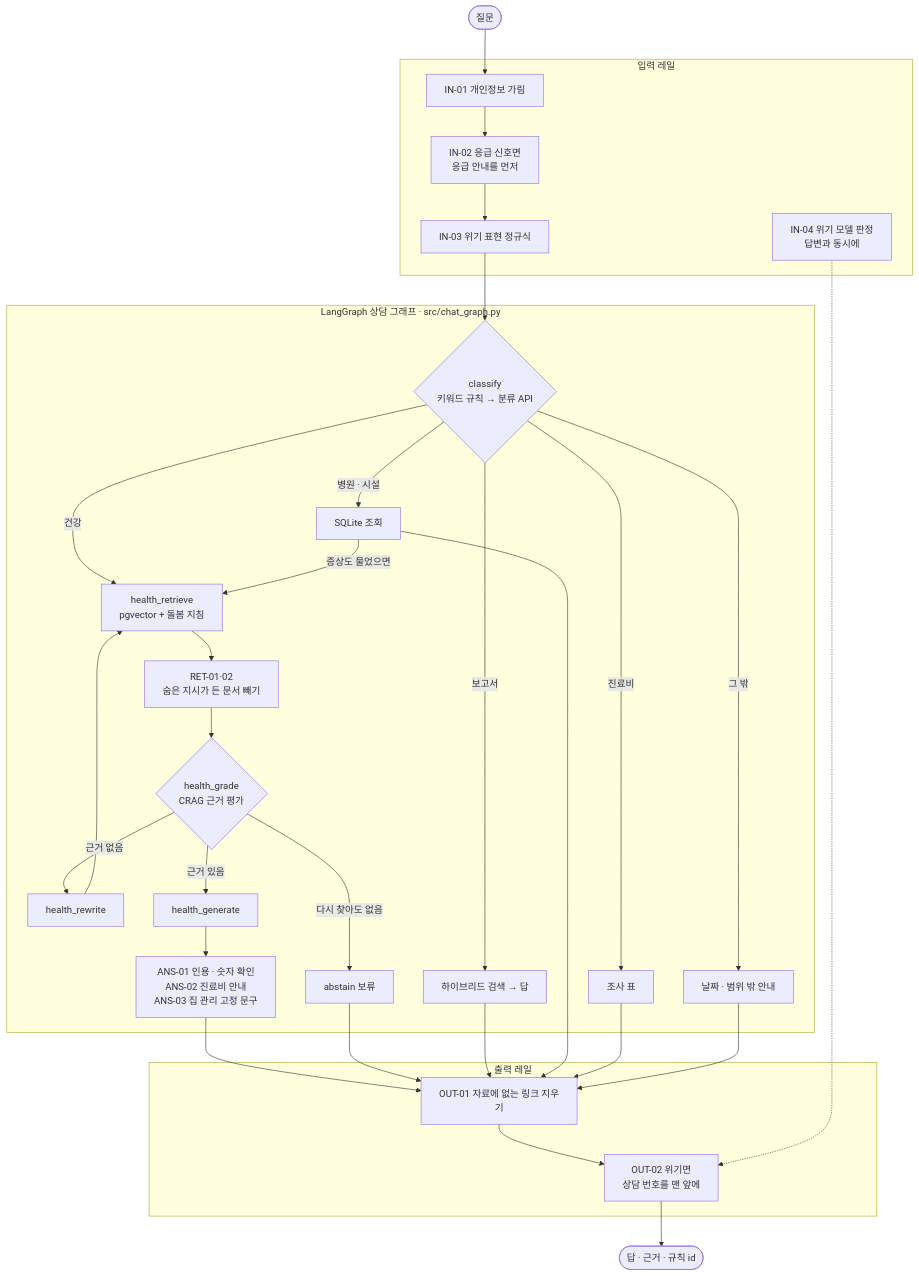
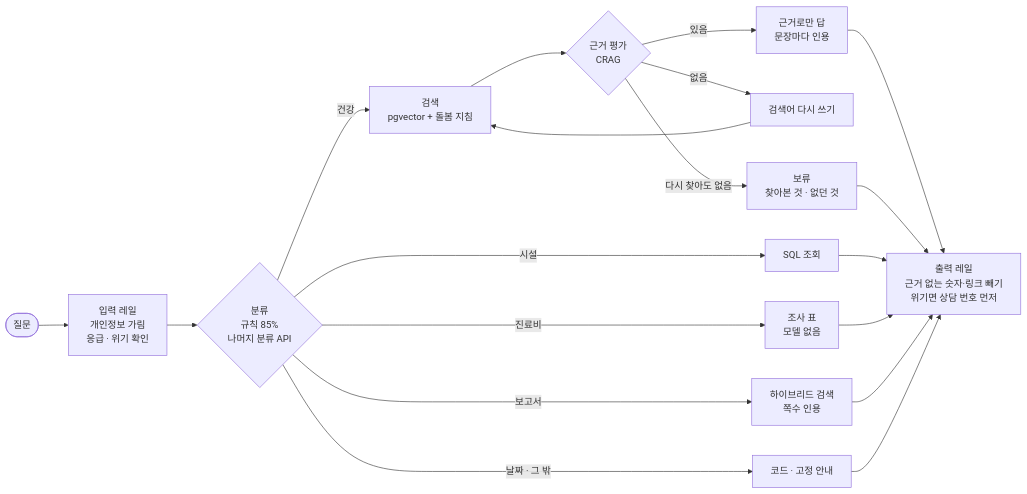
One commit to rndigkwk/dograg changed the second of 3 diagrams in README.md. Above: the diagram before and after it, drawn with Mermaid. The commit also changed other lines of this file and 1 other file, not shown here.

First line of the commit message:
docs(readme): a portfolio page with the demo first and clearer diagrams

````diff
--- a/README.md
+++ b/README.md
@@ -86,37 +92,21 @@
 ```mermaid
-flowchart TB
-  Q(["질문"]) --> IN1
-  subgraph IN["입력 레일"]
-    IN1["IN-01 개인정보 가림"] --> IN2["IN-02 응급 신호면<br/>응급 안내를 먼저"]
-    IN2 --> IN3["IN-03 위기 표현 정규식"]
-    IN4["IN-04 위기 모델 판정<br/>답변과 동시에"]
-  end
-  IN3 --> CL
-  subgraph G["LangGraph 상담 그래프 · src/chat_graph.py"]
-    CL{"classify<br/>키워드 규칙 → 분류 API"}
-    CL -->|"건강"| HR["health_retrieve<br/>pgvector + 돌봄 지침"]
-    HR --> RET["RET-01·02<br/>숨은 지시가 든 문서 빼기"]
-    RET --> HG{"health_grade<br/>CRAG 근거 평가"}
-    HG -->|"근거 없음"| RW["health_rewrite"]
-    RW --> HR
-    HG -->|"근거 있음"| GEN["health_generate"]
-    HG -->|"다시 찾아도 없음"| AB["abstain 보류"]
-    GEN --> ANS["ANS-01 인용 · 숫자 확인<br/>ANS-02 진료비 안내<br/>ANS-03 집 관리 고정 문구"]
-    CL -->|"보고서"| RP["하이브리드 검색 → 답"]
-    CL -->|"병원 · 시설"| HOS["SQLite 조회"]
-    HOS -->|"증상도 물었으면"| HR
-    CL -->|"진료비"| FEE["조사 표"]
-    CL -->|"그 밖"| GN["날짜 · 범위 밖 안내"]
-  end
-  subgraph OUT["출력 레일"]
-    O1["OUT-01 자료에 없는 링크 지우기"] --> O2["OUT-02 위기면<br/>상담 번호를 맨 앞에"]
-  end
-  ANS --> O1
-  AB --> O1
-  RP --> O1
-  HOS --> O1
-  FEE --> O1
-  GN --> O1
-  IN4 -.-> O2
-  O2 --> R(["답 · 근거 · 규칙 id"])
+flowchart LR
+  Q(["질문"]) --> IN["입력 레일<br/>개인정보 가림<br/>응급 · 위기 확인"]
+  IN --> C{"분류<br/>규칙 85%<br/>나머지 분류 API"}
+  C -->|"건강"| R["검색<br/>pgvector + 돌봄 지침"]
+  R --> G{"근거 평가<br/>CRAG"}
+  G -->|"있음"| H["근거로만 답<br/>문장마다 인용"]
+  G -->|"없음"| RW["검색어 다시 쓰기"]
+  RW --> R
+  G -->|"다시 찾아도 없음"| AB["보류<br/>찾아본 것 · 없던 것"]
+  C -->|"시설"| P["SQL 조회"]
+  C -->|"진료비"| F["조사 표<br/>모델 없음"]
+  C -->|"보고서"| RP["하이브리드 검색<br/>쪽수 인용"]
+  C -->|"날짜 · 그 밖"| GN["코드 · 고정 안내"]
+  H --> OUT["출력 레일<br/>근거 없는 숫자·링크 빼기<br/>위기면 상담 번호 먼저"]
+  AB --> OUT
+  P --> OUT
+  F --> OUT
+  RP --> OUT
+  GN --> OUT
 ```
````
